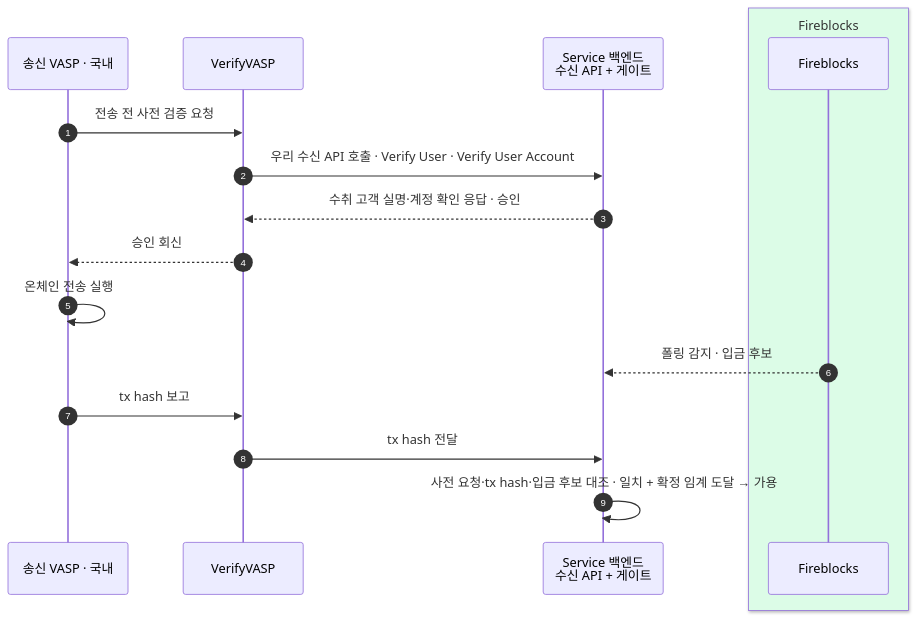
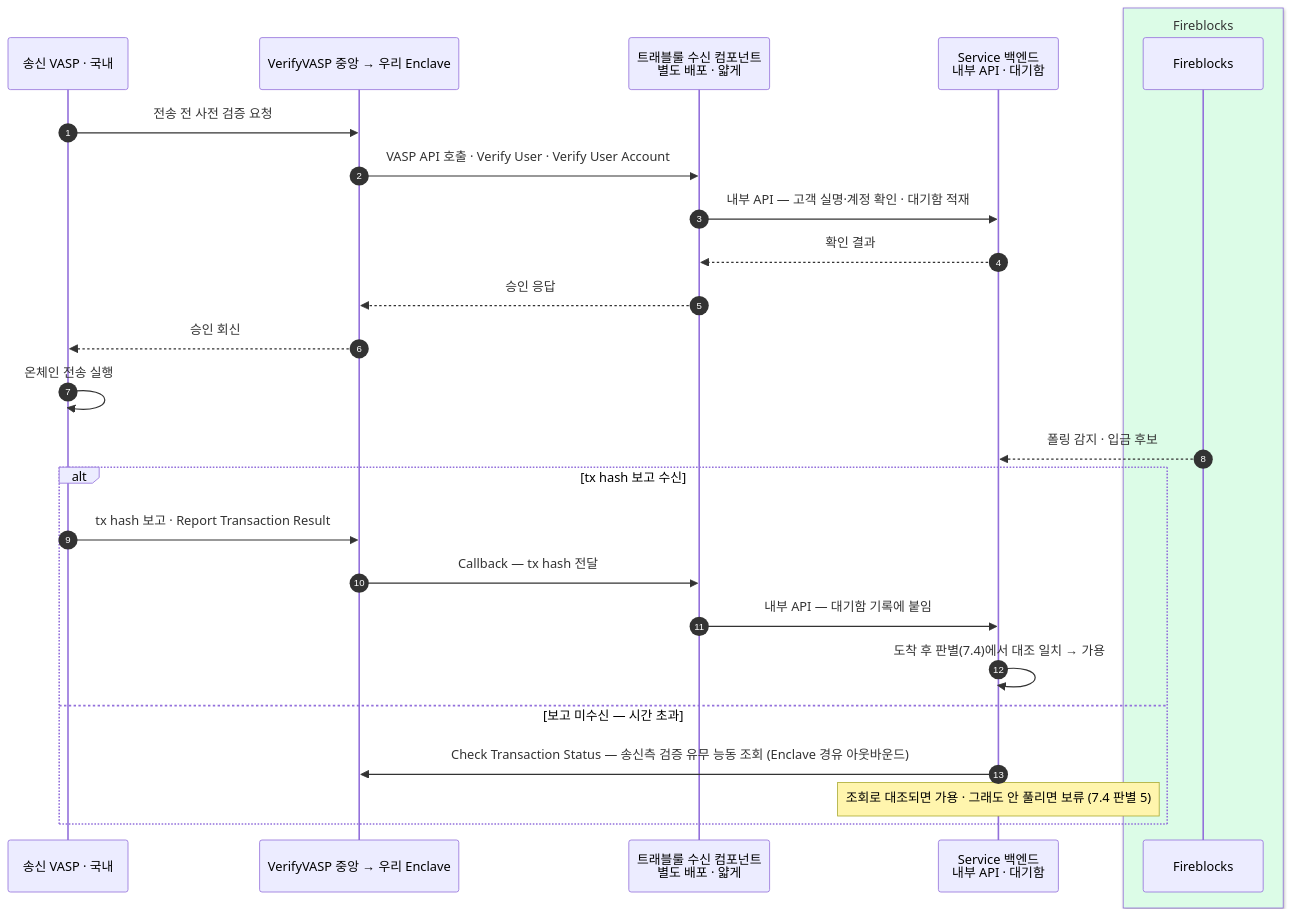
The third of 4 diagrams in blockchain-manager/docs/트래블룰/설계/07-scenarios.md (eunsujeo/eunpus), drawn with Mermaid before and after one commit. The commit also changed other lines of this file and 33 other files, not shown here.

````diff
--- a/blockchain-manager/docs/트래블룰/설계/07-scenarios.md
+++ b/blockchain-manager/docs/트래블룰/설계/07-scenarios.md
@@ -100,20 +85,29 @@
 ```mermaid
 sequenceDiagram
     autonumber
     participant SV as 송신 VASP · 국내
-    participant VV as VerifyVASP
-    participant BE as Service 백엔드<br/>수신 API + 게이트
+    participant VV as VerifyVASP 중앙 → 우리 Enclave
+    participant RX as 트래블룰 수신 컴포넌트<br/>별도 배포 · 얇게
+    participant BE as Service 백엔드<br/>내부 API · 대기함
     box rgb(220,252,231) Fireblocks
     participant FB as Fireblocks
     end
 
     SV->>VV: 전송 전 사전 검증 요청
-    VV->>BE: 우리 수신 API 호출 · Verify User · Verify User Account
-    BE-->>VV: 수취 고객 실명·계정 확인 응답 · 승인
+    VV->>RX: VASP API 호출 · Verify User · Verify User Account
+    RX->>BE: 내부 API — 고객 실명·계정 확인 · 대기함 적재
+    BE-->>RX: 확인 결과
+    RX-->>VV: 승인 응답
     VV-->>SV: 승인 회신
     SV->>SV: 온체인 전송 실행
     FB-->>BE: 폴링 감지 · 입금 후보
-    SV->>VV: tx hash 보고
-    VV->>BE: tx hash 전달
-    BE->>BE: 사전 요청·tx hash·입금 후보 대조 · 일치 + 확정 임계 도달 → 가용
+    alt tx hash 보고 수신
+        SV->>VV: tx hash 보고 · Report Transaction Result
+        VV->>RX: Callback — tx hash 전달
+        RX->>BE: 내부 API — 대기함 기록에 붙임
+        BE->>BE: 도착 후 판별(7.4)에서 대조 일치 → 가용
+    else 보고 미수신 — 시간 초과
+        BE->>VV: Check Transaction Status — 송신측 검증 유무 능동 조회 (Enclave 경유 아웃바운드)
+        Note over BE: 조회로 대조되면 가용 · 그래도 안 풀리면 보류 (7.4 판별 5)
+    end
 ```
````
